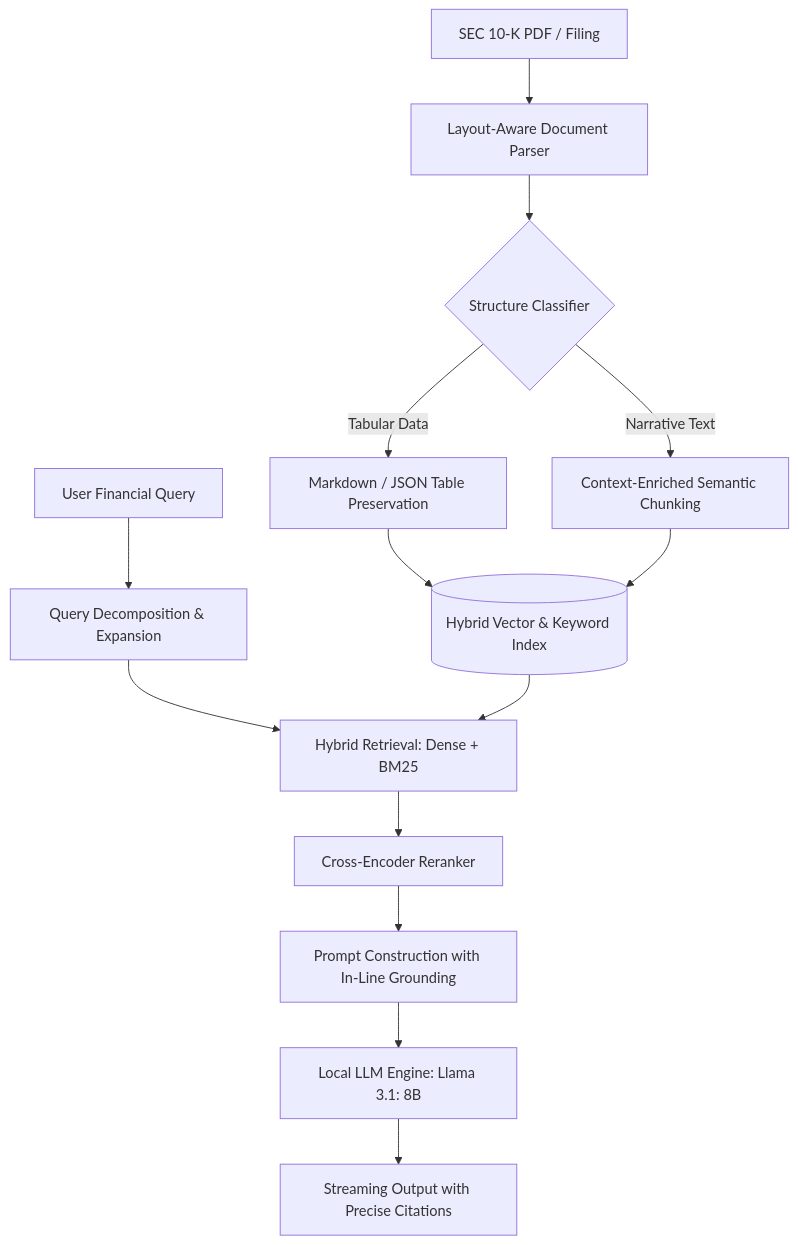
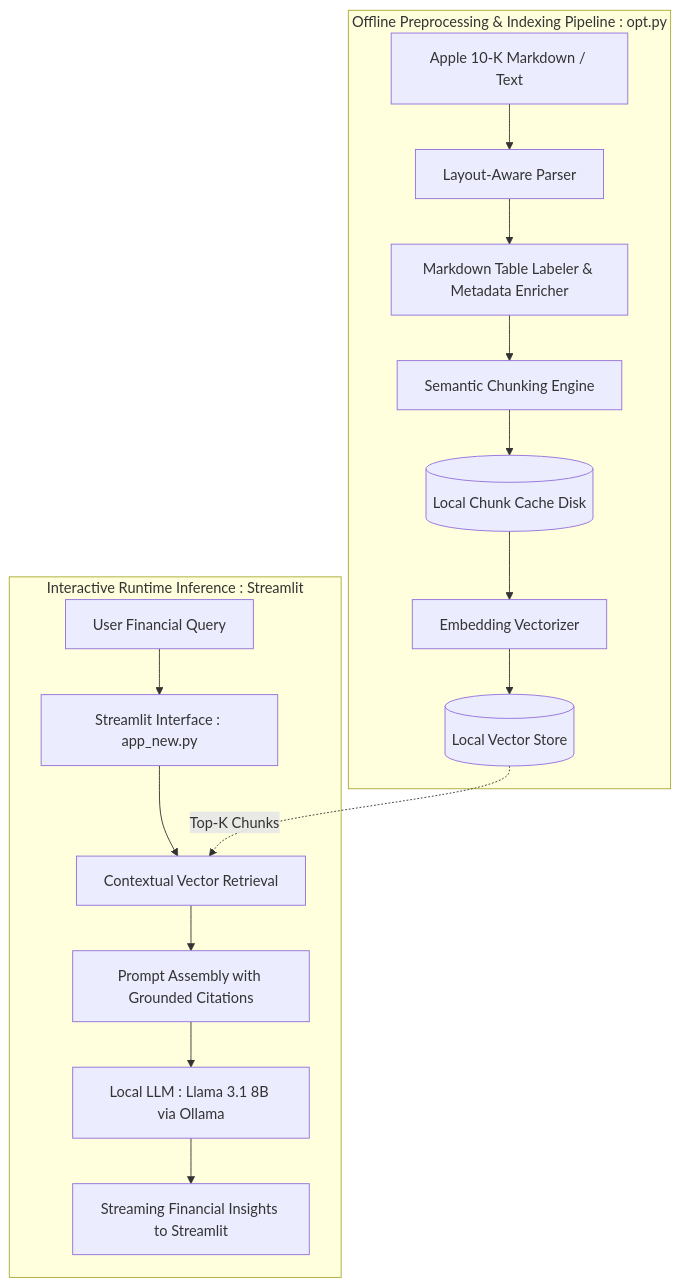
The diagram in README.md (sundogya/rag_apple_financial_report), drawn with Mermaid before and after one commit. The commit also changed other lines of this file, not shown here.

````diff
--- a/README.md
+++ b/README.md
@@ -28,19 +28,20 @@
 ```mermaid
 flowchart TD
-    A[SEC 10-K PDF / Filing] --> B[Layout-Aware Document Parser]
-    B --> C{Structure Classifier}
-    C -->|Tabular Data| D[Markdown / JSON Table Preservation]
-    C -->|Narrative Text| E[Context-Enriched Semantic Chunking]
-    
-    D --> F[(Hybrid Vector & Keyword Index)]
-    E --> F
-    
-    G[User Financial Query] --> H[Query Decomposition & Expansion]
-    H --> I[Hybrid Retrieval: Dense + BM25]
-    F --> I
-    
-    I --> J[Cross-Encoder Reranker]
-    J --> K[Prompt Construction with In-Line Grounding]
-    K --> L[Local LLM Engine: Llama 3.1: 8B]
-    L --> M[Streaming Output with Precise Citations]
+    subgraph Offline Pipeline [Offline Preprocessing & Indexing Pipeline : opt.py]
+        A[Apple 10-K Markdown / Text] --> B[Layout-Aware Parser]
+        B --> C[Markdown Table Labeler & Metadata Enricher]
+        C --> D[Semantic Chunking Engine]
+        D --> E[(Local Chunk Cache Disk)]
+        E --> F[Embedding Vectorizer]
+        F --> G[(Local Vector Store)]
+    end
+
+    subgraph Runtime Inference [Interactive Runtime Inference : Streamlit]
+        H[User Financial Query] --> I[Streamlit Interface : app_new.py]
+        I --> J[Contextual Vector Retrieval]
+        G -.->|Top-K Chunks| J
+        J --> K[Prompt Assembly with Grounded Citations]
+        K --> L[Local LLM : Llama 3.1 8B via Ollama]
+        L --> M[Streaming Financial Insights to Streamlit]
+    end
 ```
````
